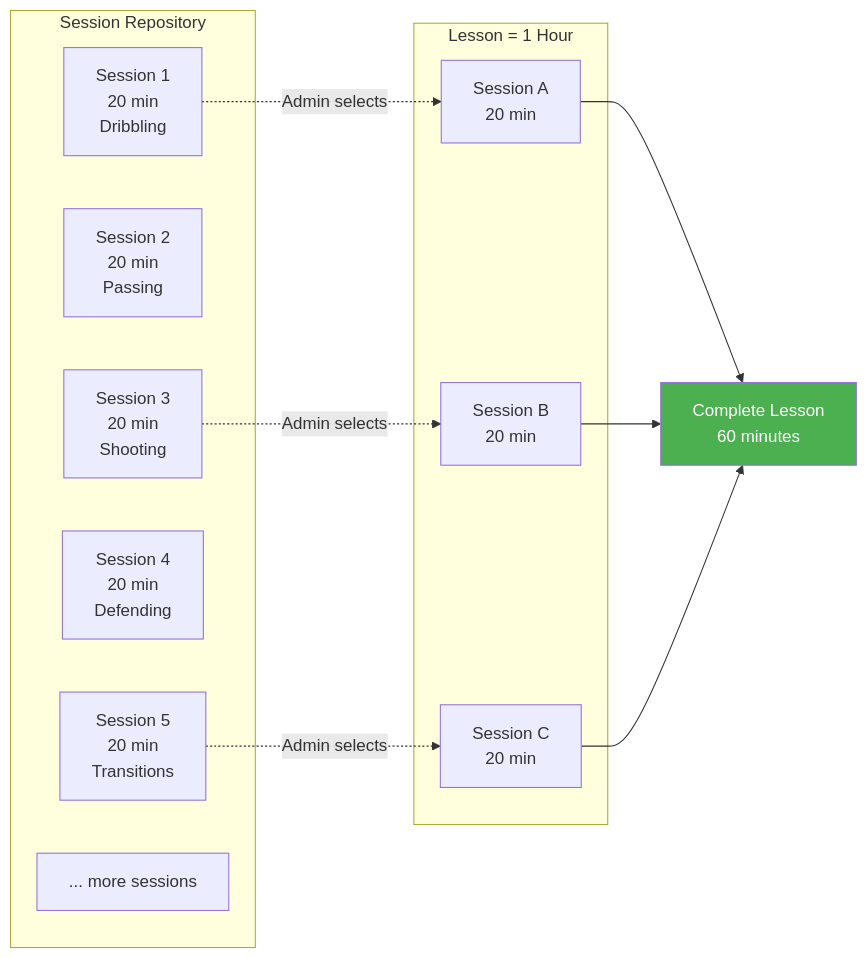
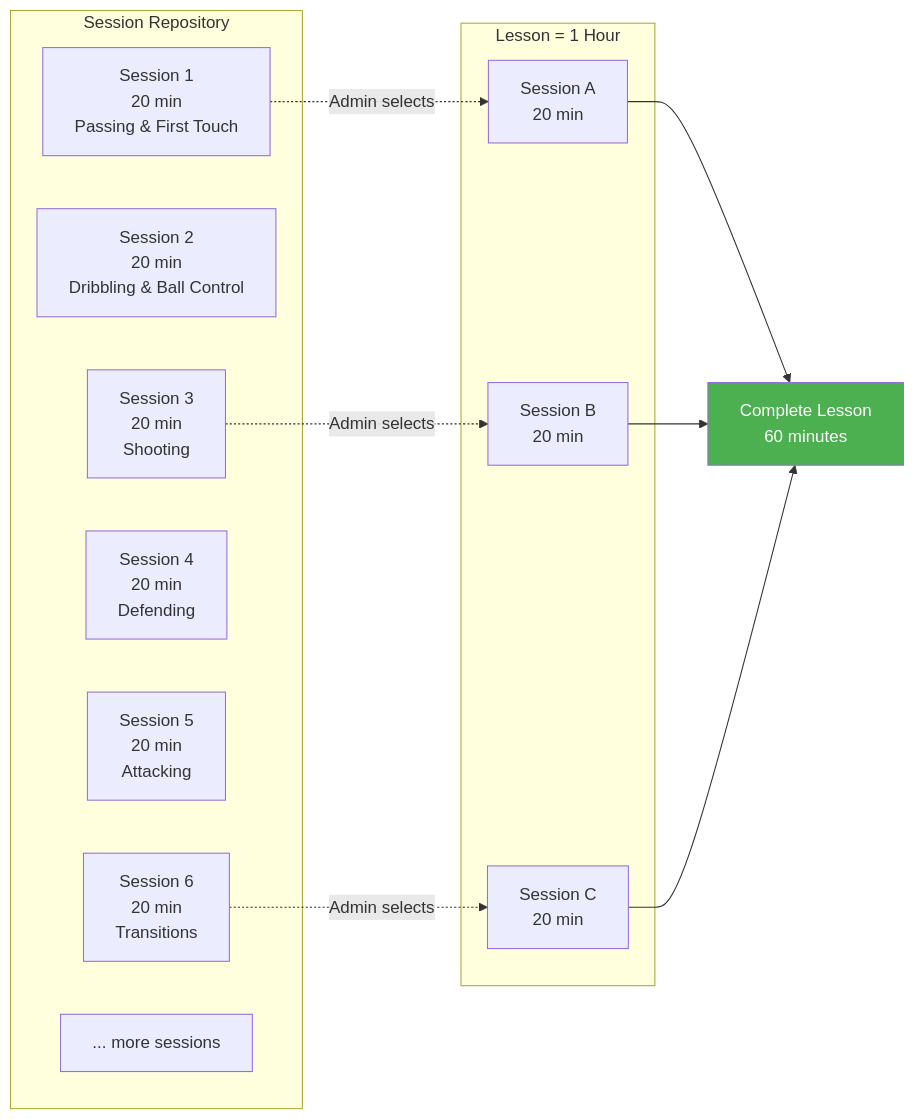
The second of 8 diagrams in .kiro/specs/football-coaching-app/diagrams.md (Mikebrooke65/coaching-app-prototype), drawn with Mermaid before and after one commit. The commit also changed other lines of this file and 1 other file, not shown here.

Commit message:
Update requirements and diagrams: add dual roles, skill categories, and two-tier announcements

````diff
--- a/.kiro/specs/football-coaching-app/diagrams.md
+++ b/.kiro/specs/football-coaching-app/diagrams.md
@@ -30,27 +32,28 @@
 ```mermaid
 graph LR
     subgraph "Session Repository"
-        S1[Session 1<br/>20 min<br/>Dribbling]
-        S2[Session 2<br/>20 min<br/>Passing]
+        S1[Session 1<br/>20 min<br/>Passing & First Touch]
+        S2[Session 2<br/>20 min<br/>Dribbling & Ball Control]
         S3[Session 3<br/>20 min<br/>Shooting]
         S4[Session 4<br/>20 min<br/>Defending]
-        S5[Session 5<br/>20 min<br/>Transitions]
+        S5[Session 5<br/>20 min<br/>Attacking]
+        S6[Session 6<br/>20 min<br/>Transitions]
         Sn[... more sessions]
     end
     
     subgraph "Lesson = 1 Hour"
         L1[Session A<br/>20 min]
         L2[Session B<br/>20 min]
         L3[Session C<br/>20 min]
     end
     
     S1 -.->|Admin selects| L1
     S3 -.->|Admin selects| L2
-    S5 -.->|Admin selects| L3
+    S6 -.->|Admin selects| L3
     
     L1 --> Lesson[Complete Lesson<br/>60 minutes]
     L2 --> Lesson
     L3 --> Lesson
     
     style Lesson fill:#4caf50,color:#fff
 ```
````
